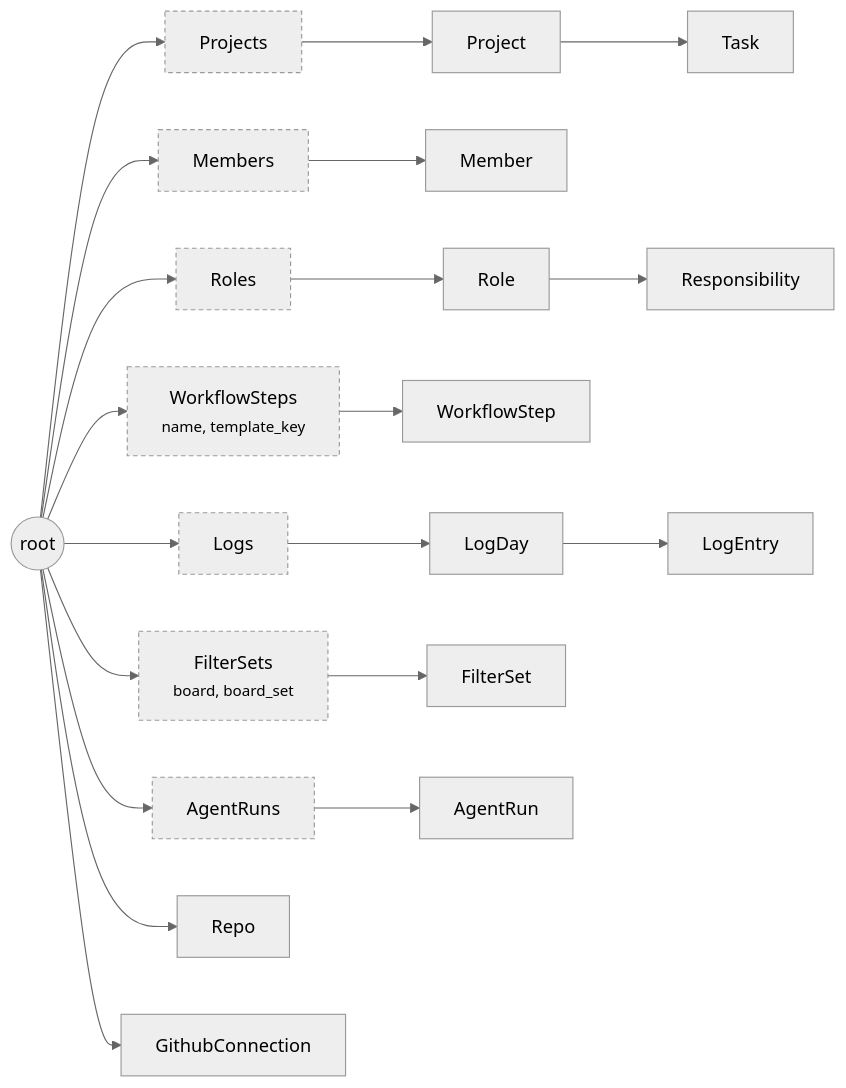
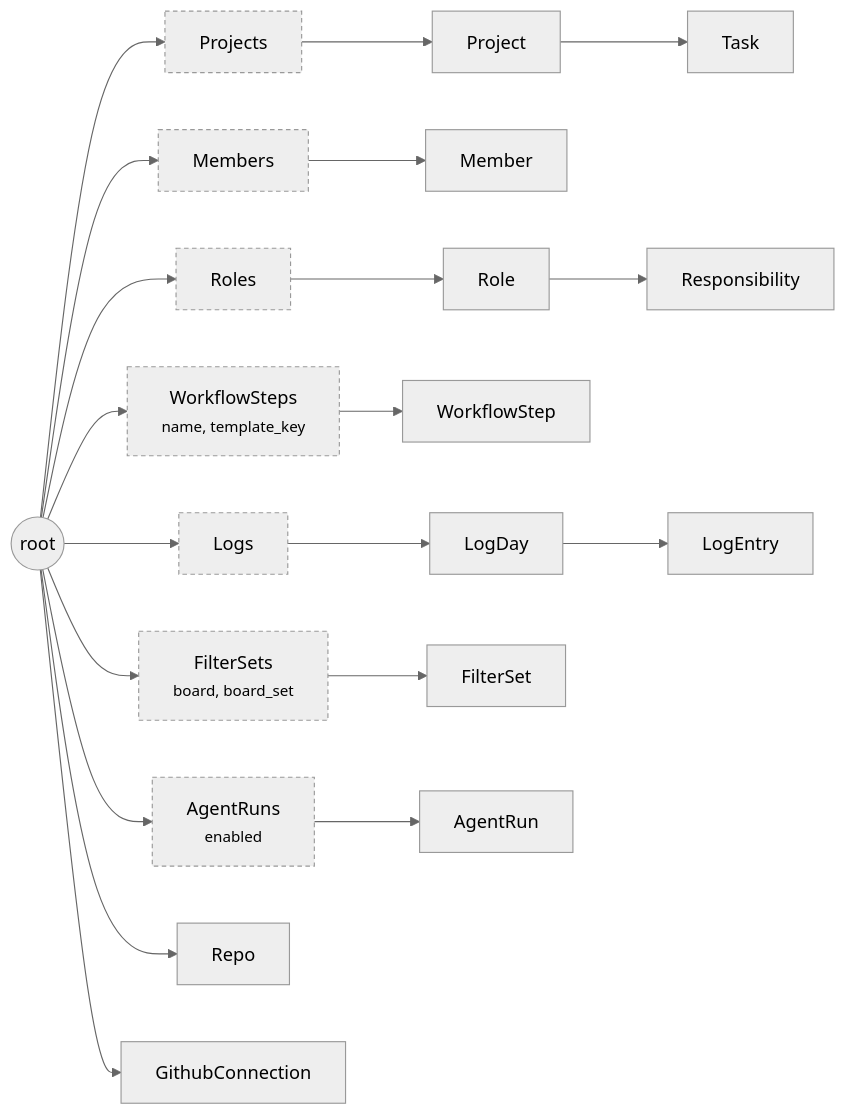
Before and after one commit to kashmithnisakya/flowline: the first of 2 diagrams in docs/content/concepts/data-graph.md, drawn with Mermaid (neutral theme). The commit also changed other lines of this file and 12 other files, not shown here.

````diff
--- a/docs/content/concepts/data-graph.md
+++ b/docs/content/concepts/data-graph.md
@@ -14,16 +14,16 @@
 ```mermaid
 flowchart LR
     root(("root"))
     root --> projects["Projects"] --> project["Project"] --> task["Task"]
     root --> members["Members"] --> member["Member"]
     root --> roles["Roles"] --> role["Role"] --> resp["Responsibility"]
     root --> steps["WorkflowSteps<br/><small>name, template_key</small>"] --> step["WorkflowStep"]
     root --> logs["Logs"] --> day["LogDay"] --> entry["LogEntry"]
     root --> filtersets["FilterSets<br/><small>board, board_set</small>"] --> filterset["FilterSet"]
-    root --> runs["AgentRuns"] --> run["AgentRun"]
+    root --> runs["AgentRuns<br/><small>enabled</small>"] --> run["AgentRun"]
     root --> repo["Repo"]
     root --> conn["GithubConnection"]
 
     classDef box stroke-dasharray:4 3
     class projects,members,roles,steps,logs,filtersets,runs box
 ```
````
